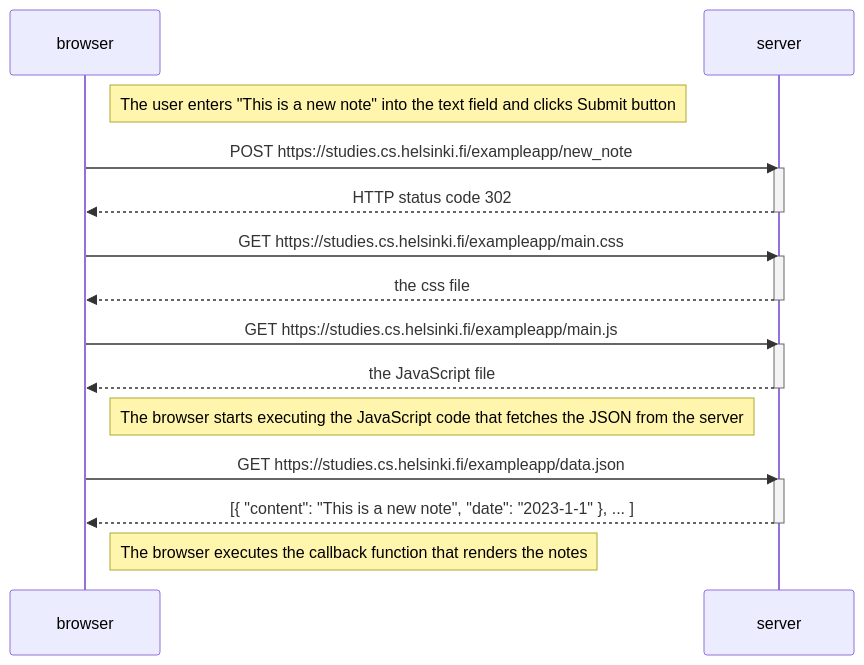
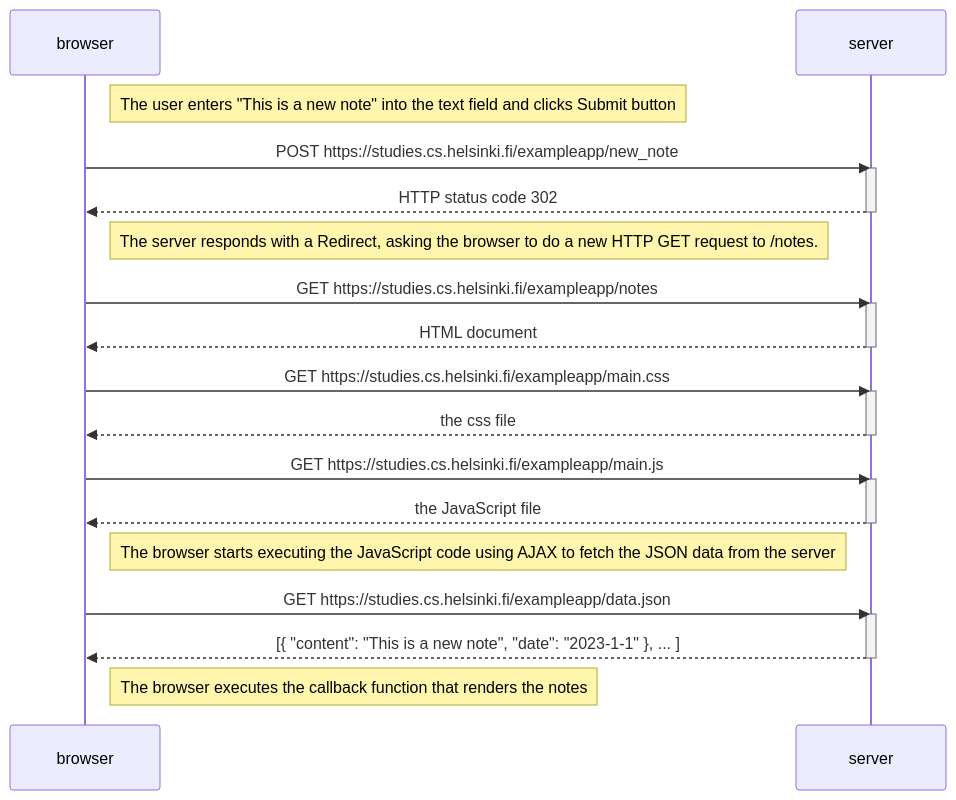
Before and after one commit to dutchism/FullStackOpen: the diagram in part0/NewNoteDiagram.md, drawn with Mermaid.

````diff
--- a/part0/NewNoteDiagram.md
+++ b/part0/NewNoteDiagram.md
@@ -3,31 +3,37 @@
 ```mermaid
 sequenceDiagram
     participant browser
     participant server
     
     Note right of browser: The user enters "This is a new note" into the text field and clicks Submit button
 
     browser->>server: POST https://studies.cs.helsinki.fi/exampleapp/new_note
     activate server
     server-->>browser: HTTP status code 302
+    deactivate server
+    Note right of browser: The server responds with a Redirect, asking the browser to do a new HTTP GET request to /notes.
+    
+    browser->>server: GET https://studies.cs.helsinki.fi/exampleapp/notes
+    activate server
+    server-->>browser: HTML document
     deactivate server
 
     browser->>server: GET https://studies.cs.helsinki.fi/exampleapp/main.css
     activate server
     server-->>browser: the css file
     deactivate server
 
     browser->>server: GET https://studies.cs.helsinki.fi/exampleapp/main.js
     activate server
     server-->>browser: the JavaScript file
     deactivate server
 
-    Note right of browser: The browser starts executing the JavaScript code that fetches the JSON from the server
+    Note right of browser: The browser starts executing the JavaScript code using AJAX to fetch the JSON data from the server
 
     browser->>server: GET https://studies.cs.helsinki.fi/exampleapp/data.json
     activate server
     server-->>browser: [{ "content": "This is a new note", "date": "2023-1-1" }, ... ]
     deactivate server
 
     Note right of browser: The browser executes the callback function that renders the notes
 ```
````
